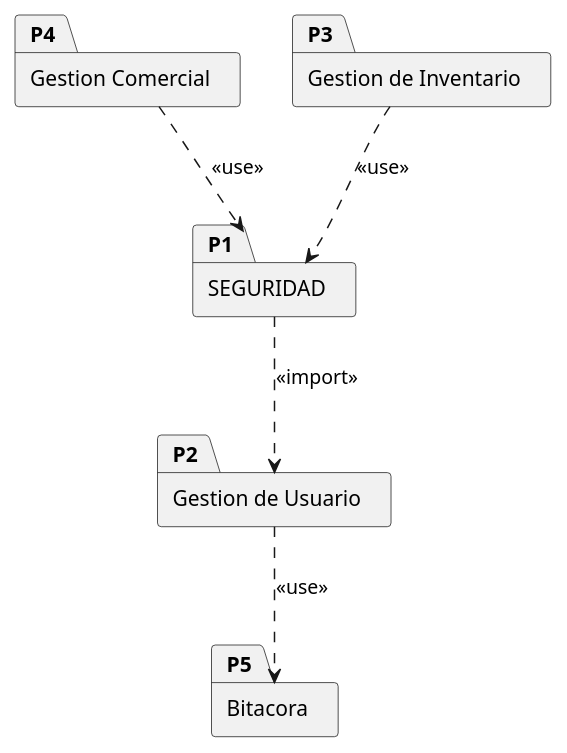
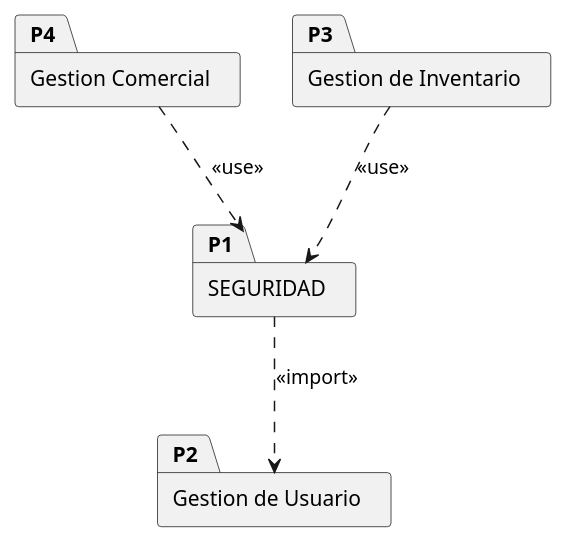
Before and after one commit to INGvainilla/grulacOFICIAL: diagram 20 of 42 in PROYECTO-MAIN/oficial/OFICIAL.md, drawn with PlantUML. The commit also changed other lines of this file and 17 other files, not shown here.

````diff
--- a/PROYECTO-MAIN/oficial/OFICIAL.md
+++ b/PROYECTO-MAIN/oficial/OFICIAL.md
@@ -2226,19 +2336,17 @@
 ```plantuml
 @startuml Paquetes_Dependencias
 skinparam packageStyle folder
 skinparam backgroundColor transparent
 top to bottom direction
 
 package "Gestion Comercial" as P4
 package "Gestion de Inventario" as P3
 package "SEGURIDAD" as P1
 package "Gestion de Usuario" as P2
-package "Bitacora" as P5
 
 P4 ..> P1 : <<use>>
 P3 ..> P1 : <<use>>
 P1 ..> P2 : <<import>>
-P2 ..> P5 : <<use>>
 
 @enduml
 ```
````
